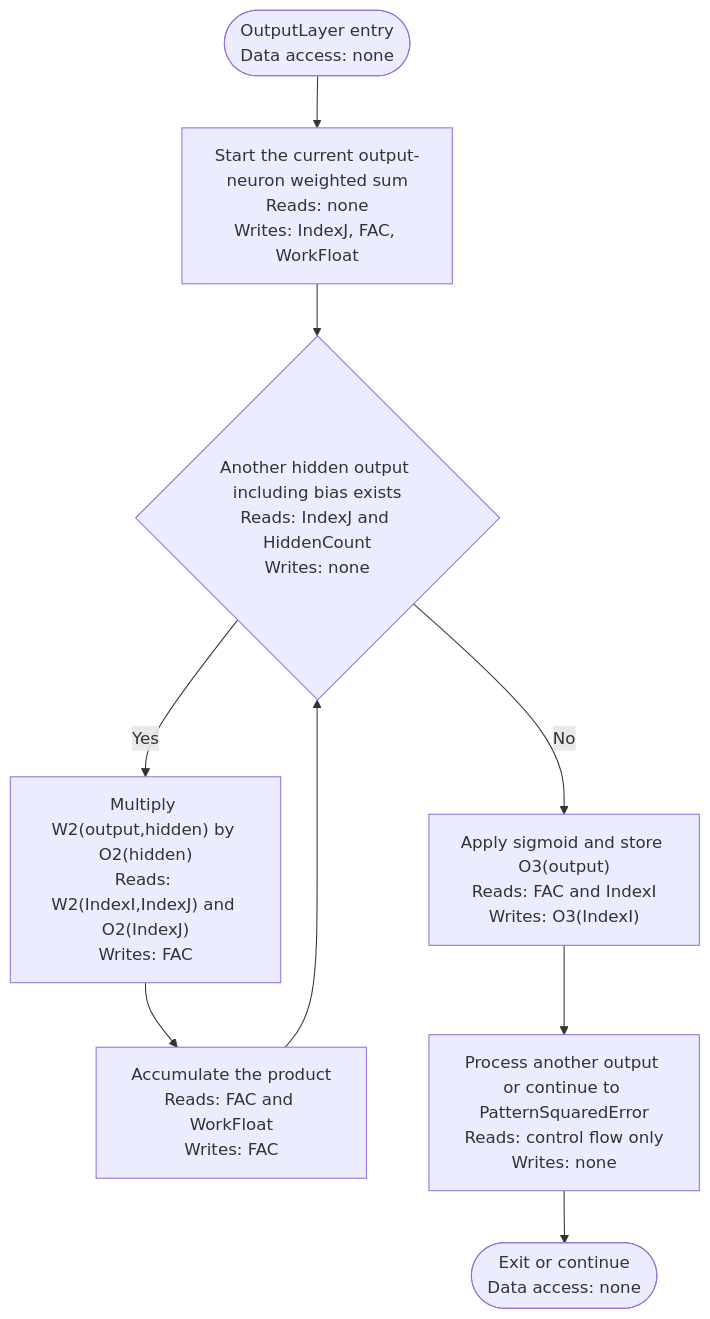
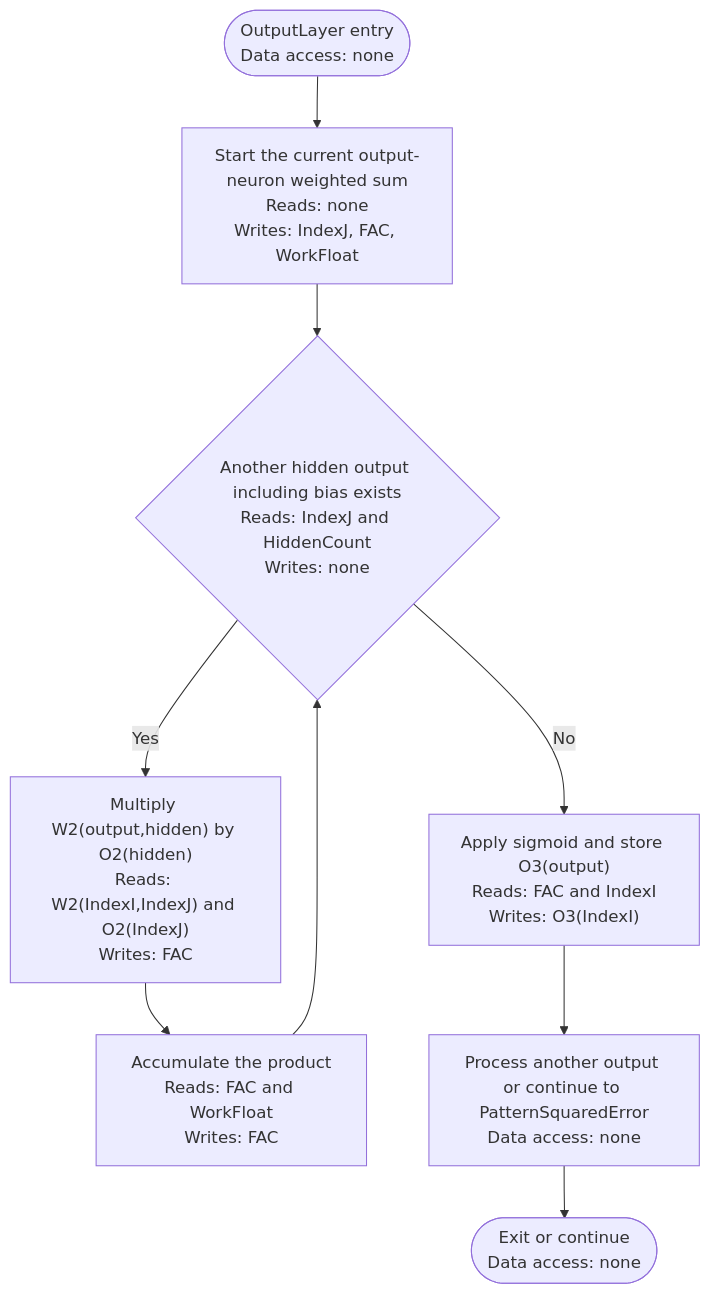
Diagram 24 of 51 in docs/Diagrams/BP-ML-Activity-Diagrams.md (sharpninja/NeuralNetworks), drawn with Mermaid before and after one commit. The commit also changed other lines of this file and 10 other files, not shown here.

````diff
--- a/docs/Diagrams/BP-ML-Activity-Diagrams.md
+++ b/docs/Diagrams/BP-ML-Activity-Diagrams.md
@@ -574,11 +615,11 @@
 ```mermaid
 flowchart TD
     A(["OutputLayer entry<br/>Data access: none"]) --> B["Start the current output-neuron weighted sum<br/>Reads: none<br/>Writes: IndexJ, FAC, WorkFloat"]
     B --> C{"Another hidden output including bias exists<br/>Reads: IndexJ and HiddenCount<br/>Writes: none"}
     C -- Yes --> D["Multiply W2(output,hidden) by O2(hidden)<br/>Reads: W2(IndexI,IndexJ) and O2(IndexJ)<br/>Writes: FAC"]
     D --> E["Accumulate the product<br/>Reads: FAC and WorkFloat<br/>Writes: FAC"]
     E --> C
     C -- No --> F["Apply sigmoid and store O3(output)<br/>Reads: FAC and IndexI<br/>Writes: O3(IndexI)"]
-    F --> G["Process another output or continue to PatternSquaredError<br/>Reads: control flow only<br/>Writes: none"]
+    F --> G["Process another output or continue to PatternSquaredError<br/>Data access: none"]
     G --> Z(["Exit or continue<br/>Data access: none"])
 ```
````
